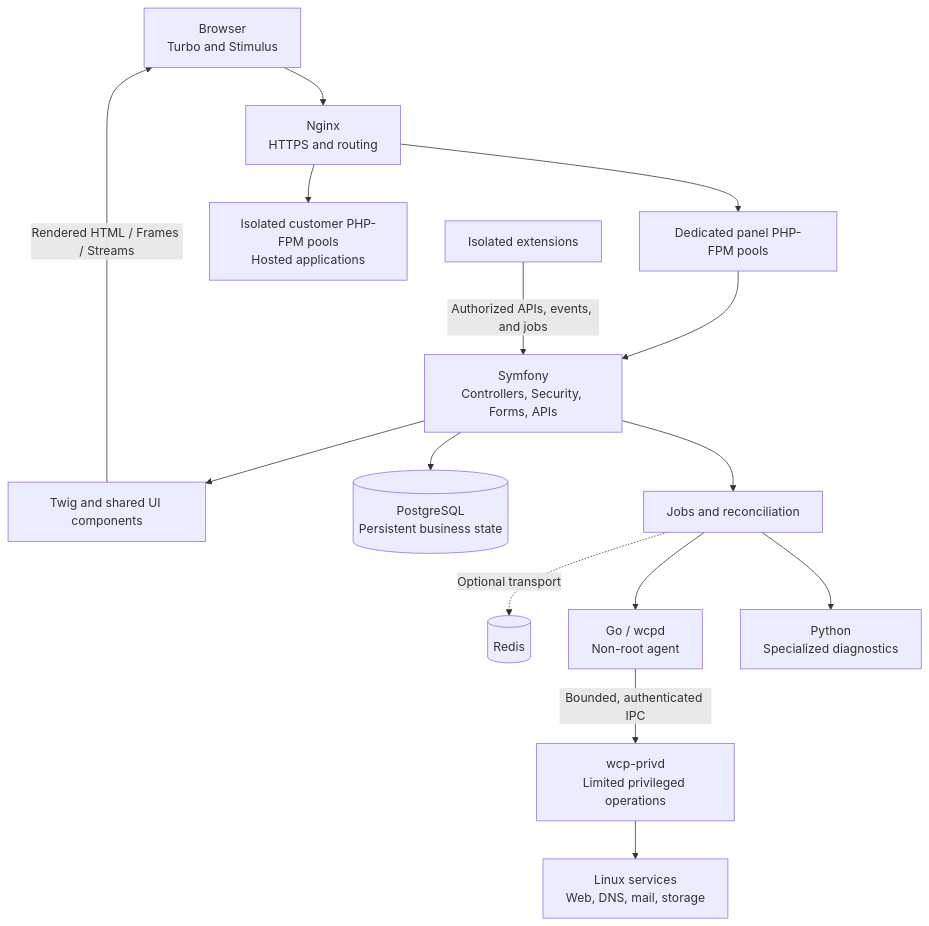
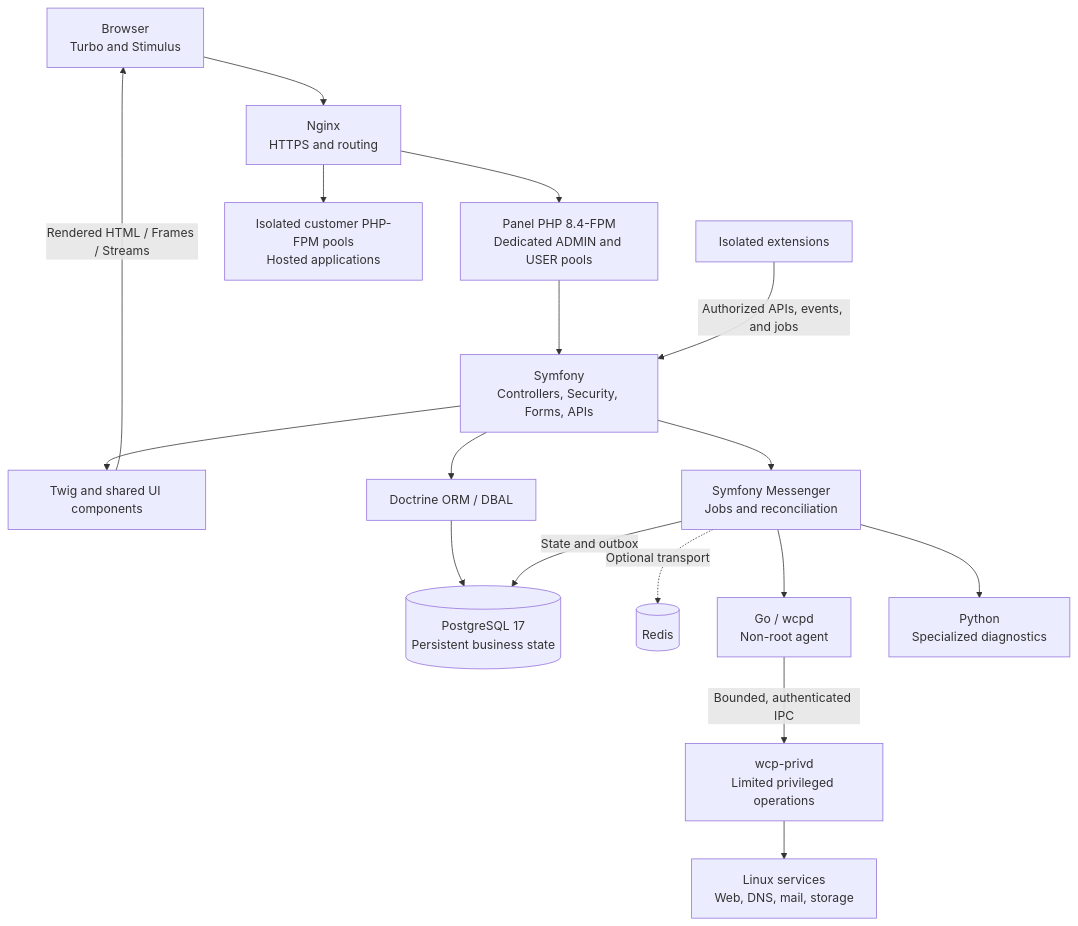
The diagram in README.md (wcp360/wcp360), drawn with Mermaid before and after one commit. The commit also changed other lines of this file, not shown here.

First line of the commit message:
Revise target versions and architecture details in README

````diff
--- a/README.md
+++ b/README.md
@@ -214,17 +327,19 @@
 ```mermaid
 flowchart TB
     UI["Browser<br/>Turbo and Stimulus"] --> NGINX["Nginx<br/>HTTPS and routing"]
-    NGINX --> PANEL["Dedicated panel PHP-FPM pools"]
+    NGINX --> PANEL["Panel PHP 8.4-FPM<br/>Dedicated ADMIN and USER pools"]
     PANEL --> APP["Symfony<br/>Controllers, Security, Forms, APIs"]
     APP --> TWIG["Twig and shared UI components"]
     TWIG -->|"Rendered HTML / Frames / Streams"| UI
     NGINX --> TENANTS["Isolated customer PHP-FPM pools<br/>Hosted applications"]
-    APP --> PG[("PostgreSQL<br/>Persistent business state")]
-    APP --> JOBS["Jobs and reconciliation"]
+    APP --> ORM["Doctrine ORM / DBAL"]
+    ORM --> PG[("PostgreSQL 17<br/>Persistent business state")]
+    APP --> JOBS["Symfony Messenger<br/>Jobs and reconciliation"]
+    JOBS -->|"State and outbox"| PG
     JOBS -. "Optional transport" .-> REDIS[("Redis")]
     JOBS --> GO["Go / wcpd<br/>Non-root agent"]
     JOBS --> PY["Python<br/>Specialized diagnostics"]
     GO -->|"Bounded, authenticated IPC"| PRIV["wcp-privd<br/>Limited privileged operations"]
     PRIV --> HOST["Linux services<br/>Web, DNS, mail, storage"]
     EXT["Isolated extensions"] -->|"Authorized APIs, events, and jobs"| APP
 ```
````
